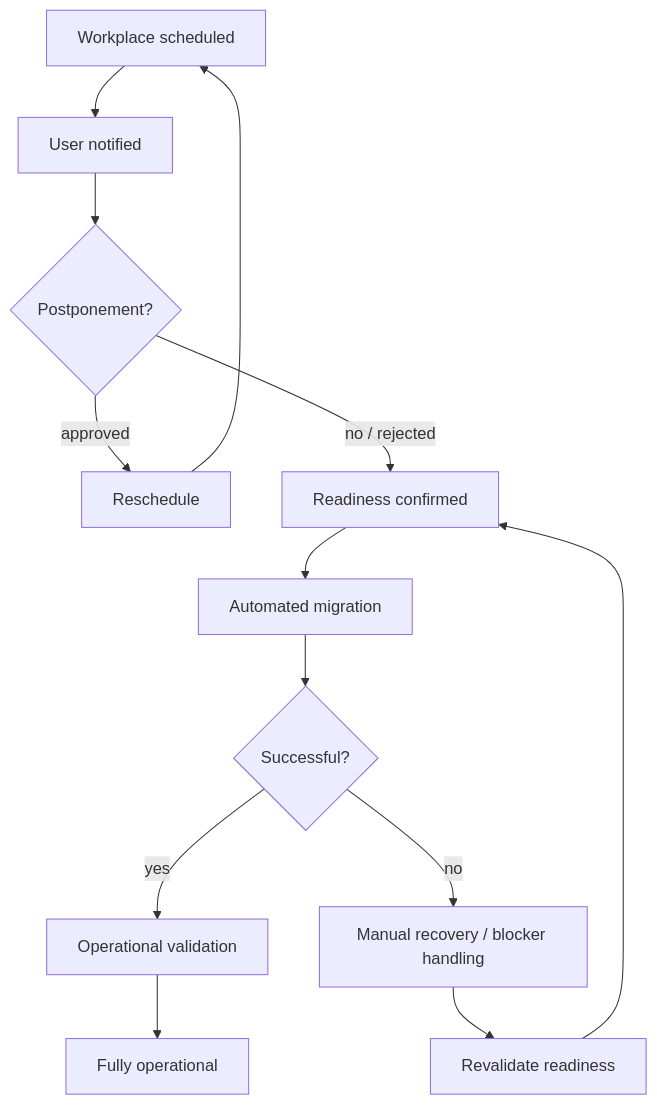
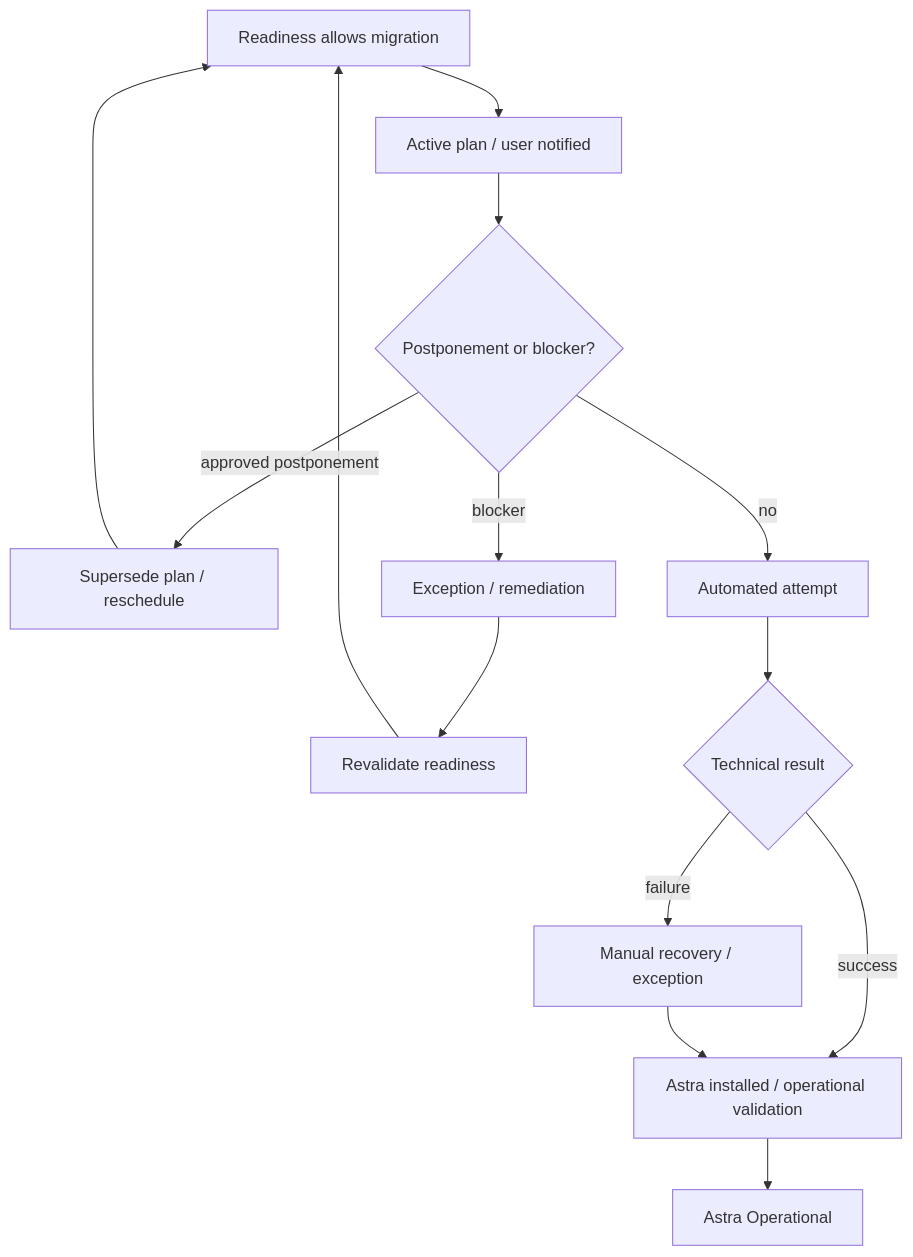
Before and after one commit to branch-danya-dev/enterprise-workplace-os-migration: the second of 2 diagrams in README.md, drawn with Mermaid. The commit also changed other lines of this file, not shown here.

Commit message:
Update root navigation after canonical knowledge migration

````diff
--- a/README.md
+++ b/README.md
@@ -223,15 +256,16 @@
 ```mermaid
 flowchart TD
-    A[Workplace scheduled] --> B[User notified]
-    B --> C{Postponement?}
-    C -- approved --> D[Reschedule]
+    A[Readiness allows migration] --> B[Active plan / user notified]
+    B --> C{Postponement or blocker?}
+    C -- approved postponement --> D[Supersede plan / reschedule]
     D --> A
-    C -- no / rejected --> E[Readiness confirmed]
-    E --> F[Automated migration]
-    F --> G{Successful?}
-    G -- yes --> H[Operational validation]
-    G -- no --> I[Manual recovery / blocker handling]
+    C -- blocker --> I[Exception / remediation]
     I --> J[Revalidate readiness]
-    J --> E
-    H --> K[Fully operational]
+    J --> A
+    C -- no --> E[Automated attempt]
+    E --> F{Technical result}
+    F -- success --> G[Astra installed / operational validation]
+    F -- failure --> H[Manual recovery / exception]
+    H --> G
+    G --> K[Astra Operational]
 ```
````
